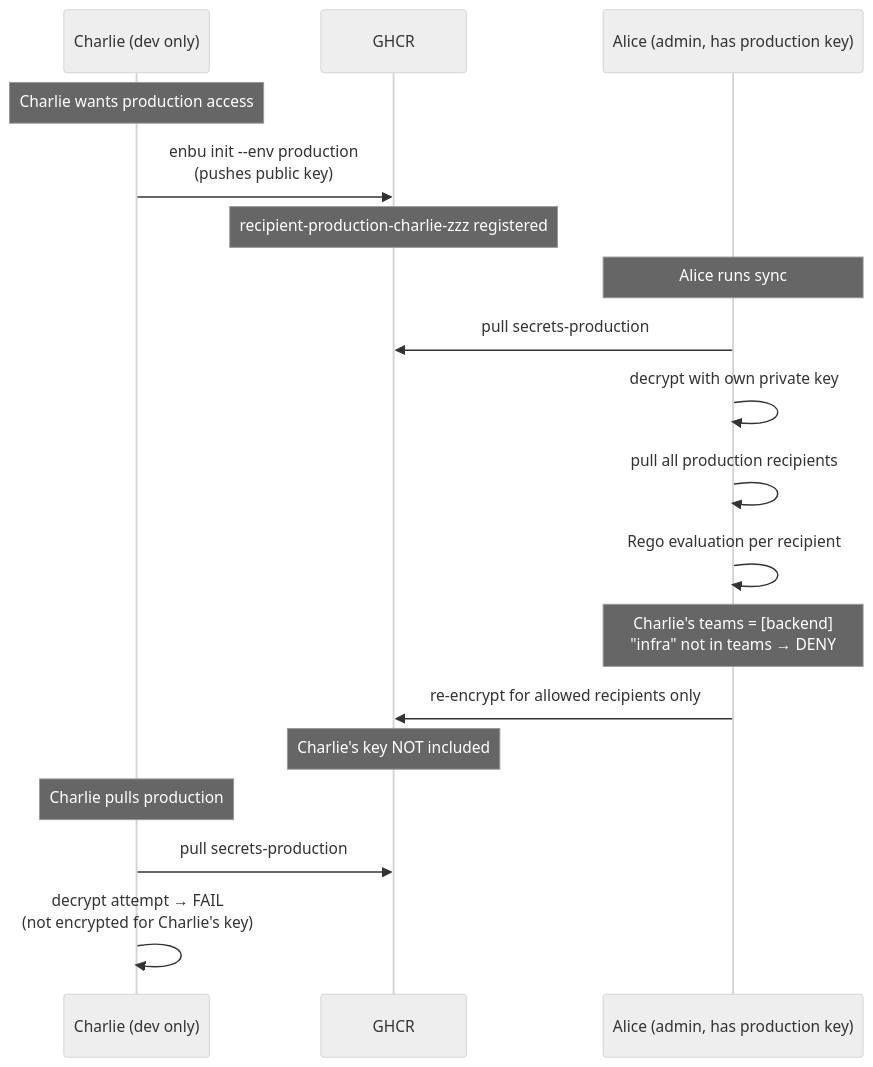
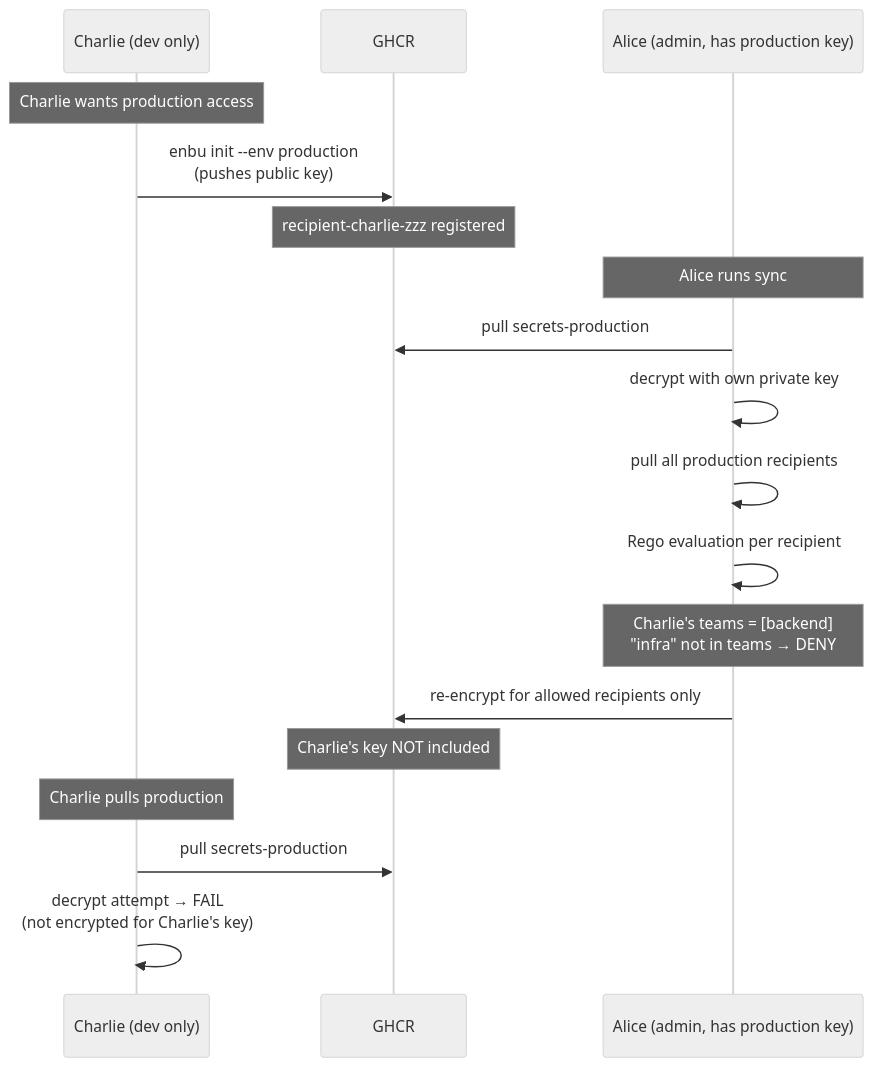
The second of 5 diagrams in docs/policy.md (yashikota/enbu), drawn with Mermaid (neutral theme) before and after one commit. The commit also changed 3 other files, not shown here.

````diff
--- a/docs/policy.md
+++ b/docs/policy.md
@@ -27,23 +27,23 @@
 ```mermaid
 sequenceDiagram
     participant C as Charlie (dev only)
     participant GHCR as GHCR
     participant A as Alice (admin, has production key)
 
     Note over C: Charlie wants production access
     C->>GHCR: enbu init --env production<br/>(pushes public key)
-    Note over GHCR: recipient-production-charlie-zzz registered
+    Note over GHCR: recipient-charlie-zzz registered
 
     Note over A: Alice runs sync
     A->>GHCR: pull secrets-production
     A->>A: decrypt with own private key
     A->>A: pull all production recipients
     A->>A: Rego evaluation per recipient
     Note over A: Charlie's teams = [backend]<br/>"infra" not in teams → DENY
     A->>GHCR: re-encrypt for allowed recipients only
     Note over GHCR: Charlie's key NOT included
 
     Note over C: Charlie pulls production
     C->>GHCR: pull secrets-production
     C->>C: decrypt attempt → FAIL<br/>(not encrypted for Charlie's key)
 ```
````
